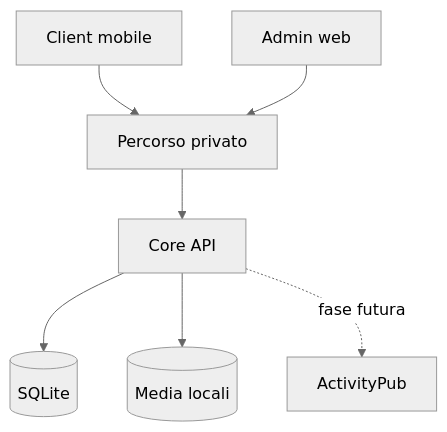
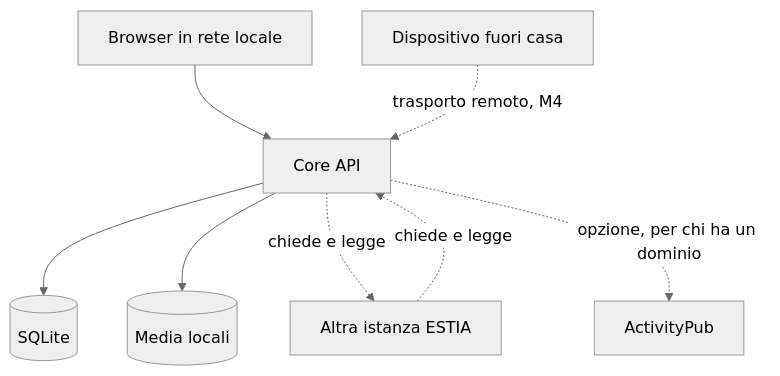
The diagram in docs/ARCHITECTURE.md (Chrono-Web/ESTIA), drawn with Mermaid (neutral theme) before and after one commit. The commit also changed other lines of this file and 10 other files, not shown here.

````diff
--- a/docs/ARCHITECTURE.md
+++ b/docs/ARCHITECTURE.md
@@ -7,9 +7,10 @@
 ```mermaid
 flowchart TD
-    Mobile[Client mobile] --> Private[Percorso privato]
-    Admin[Admin web] --> Private
-    Private --> Core[Core API]
+    Local[Browser in rete locale] --> Core[Core API]
+    Remote[Dispositivo fuori casa] -. trasporto remoto, M4 .-> Core
     Core --> DB[(SQLite)]
     Core --> Media[(Media locali)]
-    Core -. fase futura .-> AP[ActivityPub]
+    Core -. chiede e legge .-> Peer[Altra istanza ESTIA]
+    Peer -. chiede e legge .-> Core
+    Core -. opzione, per chi ha un dominio .-> AP[ActivityPub]
 ```
````
